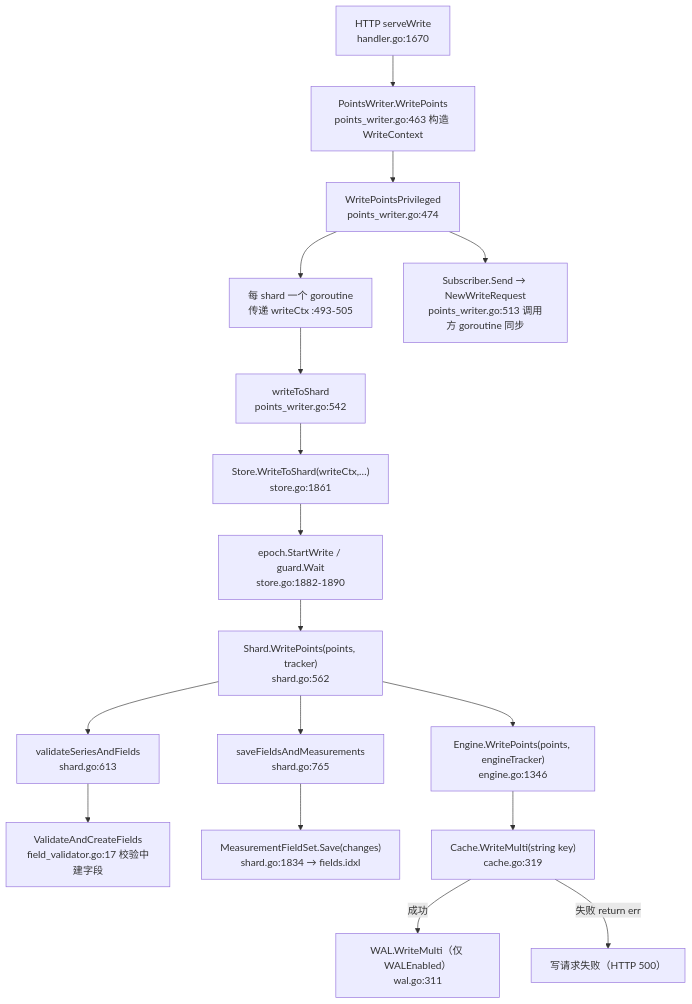
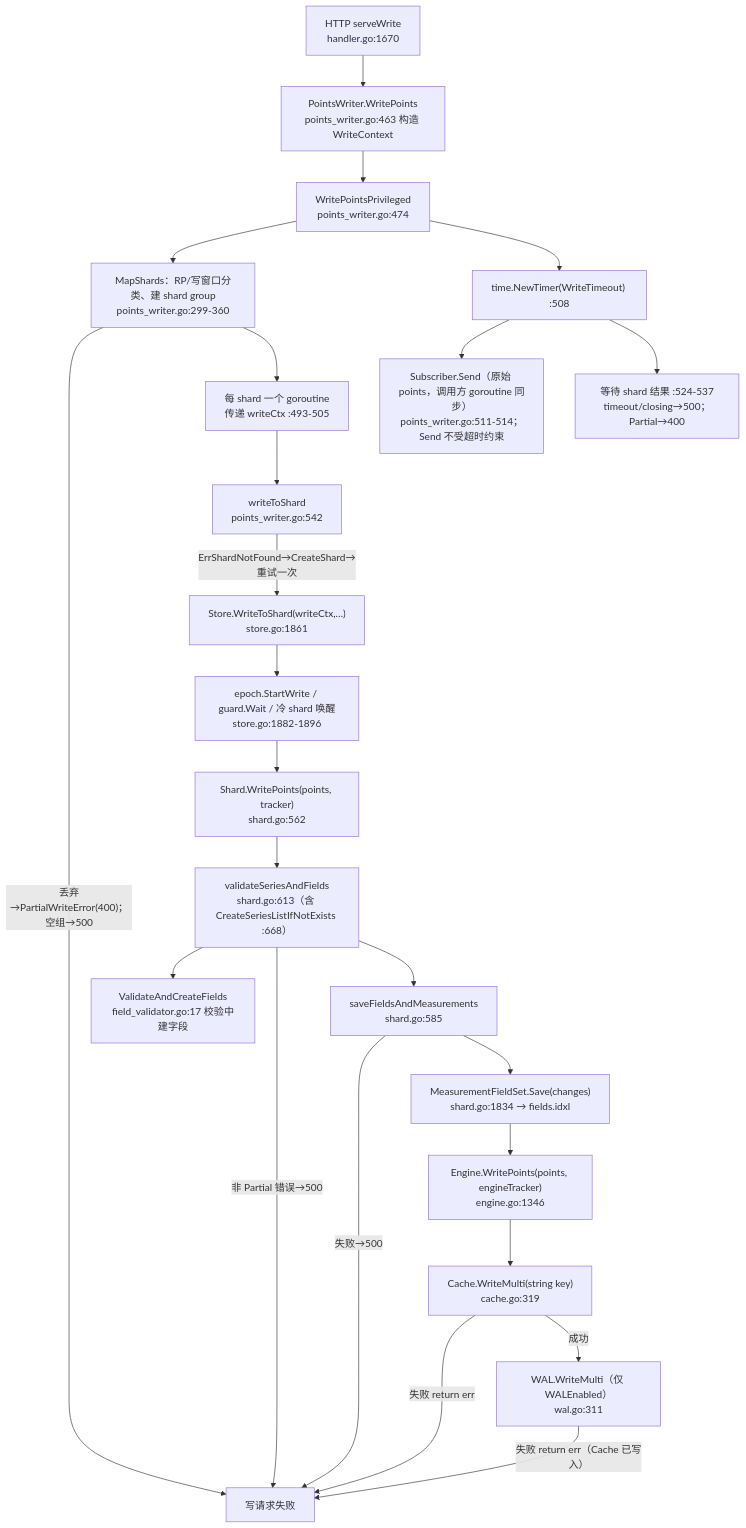
The second of 3 diagrams in docs/specs/v1.8.10-vs-v1.12.3/01_write_path_diff.md (stefanv5/influxdb), drawn with Mermaid before and after one commit. The commit also changed other lines of this file and 18 other files, not shown here.

````diff
--- a/docs/specs/v1.8.10-vs-v1.12.3/01_write_path_diff.md
+++ b/docs/specs/v1.8.10-vs-v1.12.3/01_write_path_diff.md
@@ -84,19 +92,26 @@
 ```mermaid
 flowchart TD
     H2["HTTP serveWrite<br/>handler.go:1670"] --> P2["PointsWriter.WritePoints<br/>points_writer.go:463 构造 WriteContext"]
     P2 --> PP2["WritePointsPrivileged<br/>points_writer.go:474"]
-    PP2 --> G2["每 shard 一个 goroutine<br/>传递 writeCtx :493-505"]
-    PP2 --> SUB["Subscriber.Send → NewWriteRequest<br/>points_writer.go:513 调用方 goroutine 同步"]
+    PP2 --> M2["MapShards：RP/写窗口分类、建 shard group<br/>points_writer.go:299-360"]
+    M2 -->|"丢弃→PartialWriteError(400)；空组→500"| EX2["写请求失败"]
+    M2 --> G2["每 shard 一个 goroutine<br/>传递 writeCtx :493-505"]
+    PP2 --> TM2["time.NewTimer(WriteTimeout) :508"]
+    TM2 --> SUB["Subscriber.Send（原始 points，调用方 goroutine 同步）<br/>points_writer.go:511-514；Send 不受超时约束"]
+    TM2 --> R2["等待 shard 结果 :524-537<br/>timeout/closing→500；Partial→400"]
     G2 --> W2["writeToShard<br/>points_writer.go:542"]
-    W2 --> S2["Store.WriteToShard(writeCtx,…)<br/>store.go:1861"]
-    S2 --> E2["epoch.StartWrite / guard.Wait<br/>store.go:1882-1890"]
+    W2 -->|"ErrShardNotFound→CreateShard→重试一次"| S2["Store.WriteToShard(writeCtx,…)<br/>store.go:1861"]
+    S2 --> E2["epoch.StartWrite / guard.Wait / 冷 shard 唤醒<br/>store.go:1882-1896"]
     E2 --> SH2["Shard.WritePoints(points, tracker)<br/>shard.go:562"]
-    SH2 --> V2["validateSeriesAndFields<br/>shard.go:613"]
+    SH2 --> V2["validateSeriesAndFields<br/>shard.go:613（含 CreateSeriesListIfNotExists :668）"]
     V2 --> VC2["ValidateAndCreateFields<br/>field_validator.go:17 校验中建字段"]
-    SH2 --> CF2["saveFieldsAndMeasurements<br/>shard.go:765"]
+    V2 -->|"非 Partial 错误→500"| EX2
+    V2 --> CF2["saveFieldsAndMeasurements<br/>shard.go:585"]
+    CF2 -->|"失败→500"| EX2
     CF2 --> CL2["MeasurementFieldSet.Save(changes)<br/>shard.go:1834 → fields.idxl"]
-    SH2 --> EN2["Engine.WritePoints(points, engineTracker)<br/>engine.go:1346"]
+    CL2 --> EN2["Engine.WritePoints(points, engineTracker)<br/>engine.go:1346"]
     EN2 --> C2["Cache.WriteMulti(string key)<br/>cache.go:319"]
+    C2 -->|"失败 return err"| EX2
     C2 -->|"成功"| L2["WAL.WriteMulti（仅 WALEnabled）<br/>wal.go:311"]
-    C2 -->|"失败 return err"| EX2["写请求失败（HTTP 500）"]
+    L2 -->|"失败 return err（Cache 已写入）"| EX2
 ```
````
